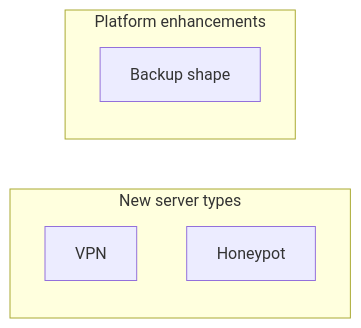
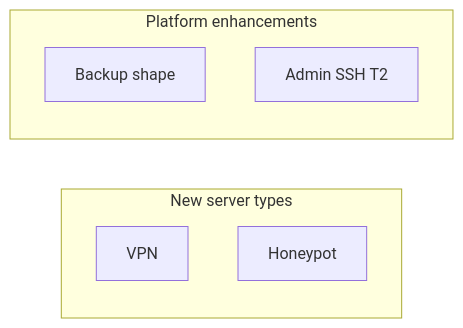
Before and after one commit to rednaw/iac: the diagram in docs/future/README.md, drawn with Mermaid. The commit also changed other lines of this file and 34 other files, not shown here.

````diff
--- a/docs/future/README.md
+++ b/docs/future/README.md
@@ -7,10 +7,11 @@
 ```mermaid
 flowchart LR
   subgraph servers [New server types]
     vpn[VPN]
     honeypot[Honeypot]
   end
   subgraph enhancements [Platform enhancements]
     backup[Backup shape]
+    sshT2[Admin SSH T2]
   end
 ```
````
